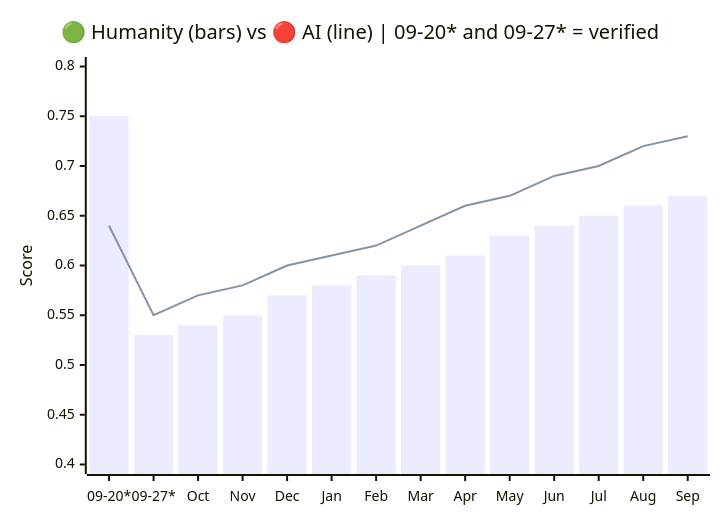
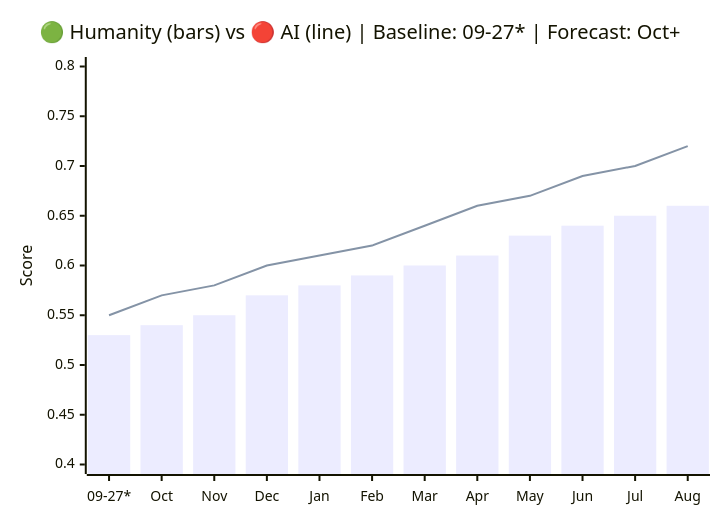
Before and after one commit to VQQLK/Human-AI-Monitor: the first of 2 diagrams in README.md, drawn with Mermaid. The commit also changed other lines of this file and 5 other files, not shown here.

````diff
--- a/README.md
+++ b/README.md
@@ -35,8 +32,8 @@
 ```mermaid
 xychart-beta
-    title "🟢 Humanity (bars) vs 🔴 AI (line) | 09-20* and 09-27* = verified"
-    x-axis ["09-20*", "09-27*", "Oct", "Nov", "Dec", "Jan", "Feb", "Mar", "Apr", "May", "Jun", "Jul", "Aug", "Sep"]
+    title "🟢 Humanity (bars) vs 🔴 AI (line) | Baseline: 09-27* | Forecast: Oct+"
+    x-axis ["09-27*", "Oct", "Nov", "Dec", "Jan", "Feb", "Mar", "Apr", "May", "Jun", "Jul", "Aug"]
     y-axis "Score" 0.40 --> 0.80
-    bar [0.75, 0.53, 0.54, 0.55, 0.57, 0.58, 0.59, 0.6, 0.61, 0.63, 0.64, 0.65, 0.66, 0.67]
-    line [0.64, 0.55, 0.57, 0.58, 0.6, 0.61, 0.62, 0.64, 0.66, 0.67, 0.69, 0.7, 0.72, 0.73]
+    bar [0.53, 0.54, 0.55, 0.57, 0.58, 0.59, 0.6, 0.61, 0.63, 0.64, 0.65, 0.66]
+    line [0.55, 0.57, 0.58, 0.6, 0.61, 0.62, 0.64, 0.66, 0.67, 0.69, 0.7, 0.72]
 ```
````
